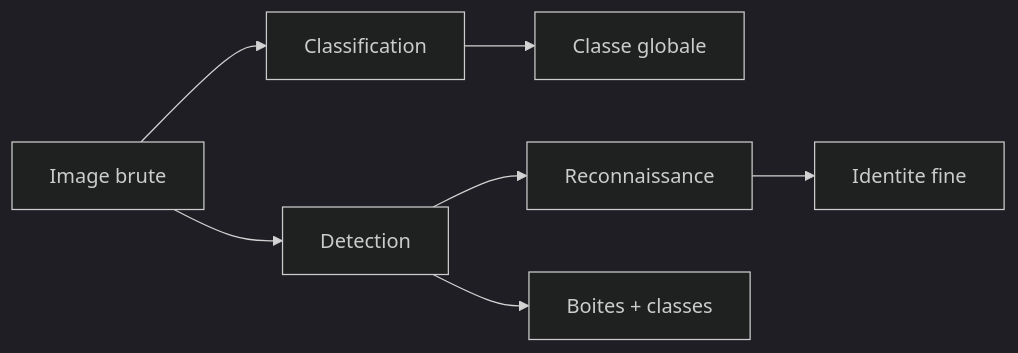
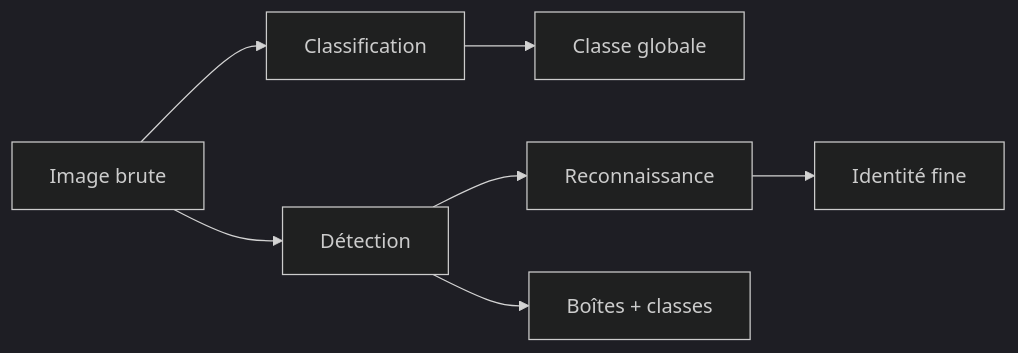
One commit to ValetteL/nexa-computer-vision changed the first of 5 diagrams in JOUR-01.md. Above: the diagram before and after it, drawn with Mermaid (dark theme). The commit also changed other lines of this file, not shown here.

````diff
--- a/JOUR-01.md
+++ b/JOUR-01.md
@@ -51,9 +63,9 @@
 ```mermaid
 flowchart LR
     A[Image brute] --> B[Classification]
-    A --> C[Detection]
+    A --> C[Détection]
     C --> D[Reconnaissance]
     B --> E[Classe globale]
-    C --> F[Boites + classes]
-    D --> G[Identite fine]
+    C --> F[Boîtes + classes]
+    D --> G[Identité fine]
 ```
````
